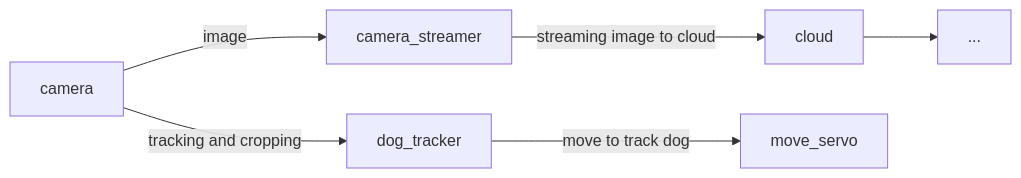
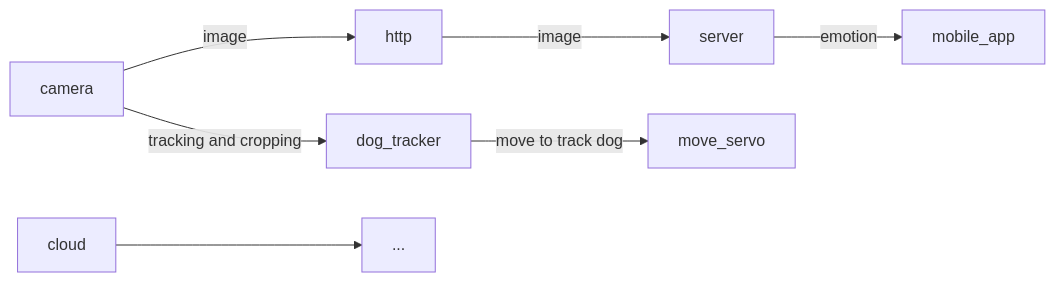
The second of 3 diagrams in docs/docs/camera/arch.md (zofiadrozdowska0/Doggy_monitor), drawn with Mermaid before and after one commit. The commit also changed other lines of this file and 3 other files, not shown here.

````diff
--- a/docs/docs/camera/arch.md
+++ b/docs/docs/camera/arch.md
@@ -33,8 +33,9 @@
 ```mermaid
 flowchart LR
-    camera-- image -->camera_streamer
+    camera-- image -->http
+    http-- image -->server
+    server-- emotion -->mobile_app
     camera-- tracking and cropping -->dog_tracker
-    camera_streamer-- streaming image to cloud -->cloud
     dog_tracker-- move to track dog -->move_servo
     cloud-->...
 ```
````
